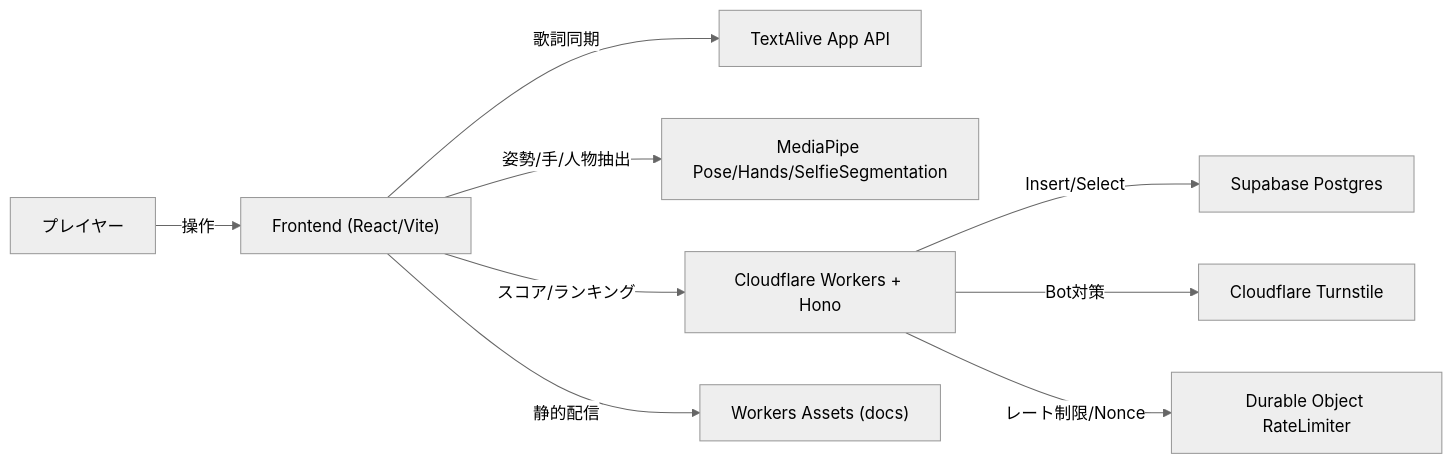
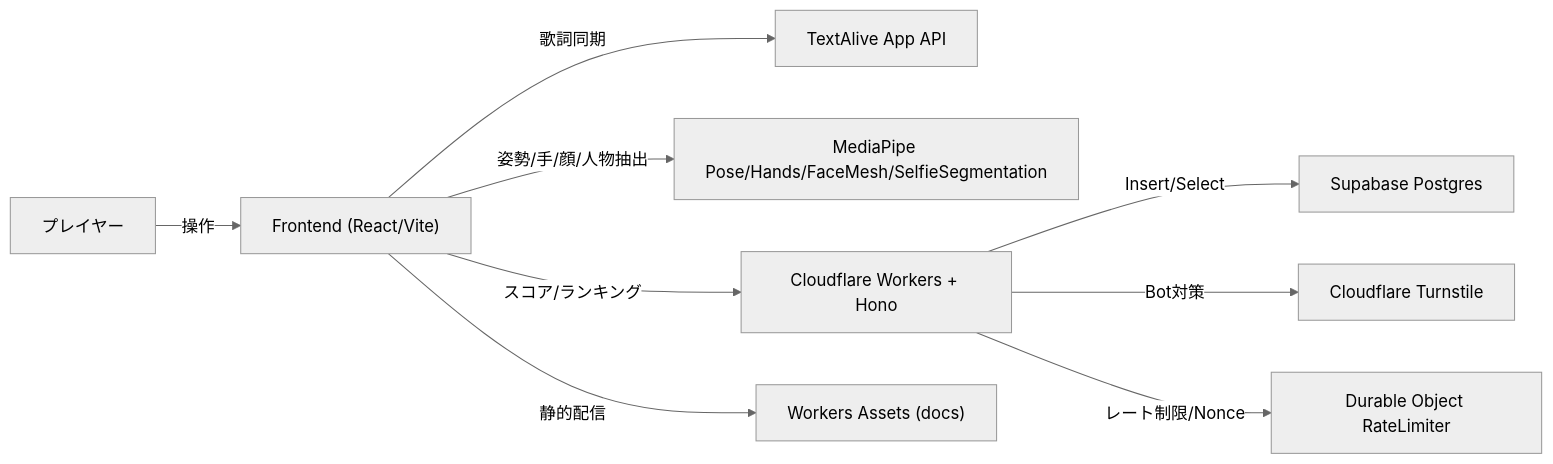
One commit to syusyusyusyu/star changed the first of 10 diagrams in 仕様書.md. Above: the diagram before and after it, drawn with Mermaid (neutral theme). The commit also changed other lines of this file, not shown here.

````diff
--- a/仕様書.md
+++ b/仕様書.md
@@ -6,11 +6,11 @@
 ```mermaid
 flowchart LR
   Player[プレイヤー] -->|操作| FE["Frontend (React/Vite)"]
   FE -->|歌詞同期| TextAlive["TextAlive App API"]
-  FE -->|姿勢/手/人物抽出| MediaPipe["MediaPipe Pose/Hands/SelfieSegmentation"]
+  FE -->|姿勢/手/顔/人物抽出| MediaPipe["MediaPipe Pose/Hands/FaceMesh/SelfieSegmentation"]
   FE -->|スコア/ランキング| API["Cloudflare Workers + Hono"]
   FE -->|静的配信| Assets["Workers Assets (docs)"]
   API -->|Insert/Select| DB["Supabase Postgres"]
   API -->|Bot対策| Turnstile["Cloudflare Turnstile"]
   API -->|レート制限/Nonce| DO["Durable Object RateLimiter"]
 ```
````
